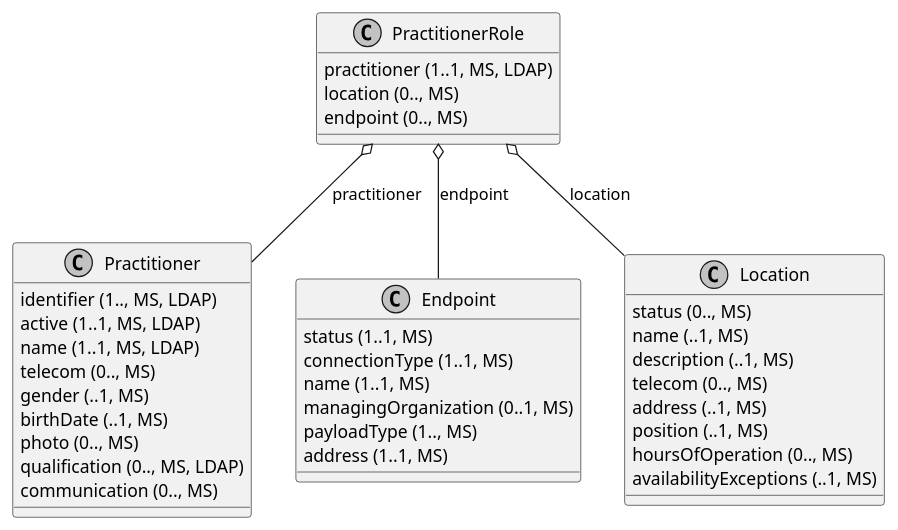
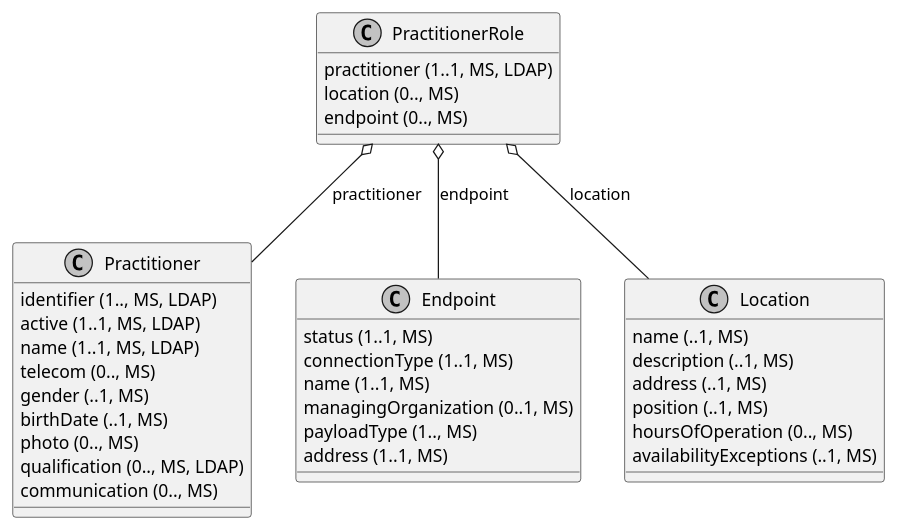
One commit to gematik/api-vzd changed the diagram in src/plantuml/ClassDiagram.PractitionerRole.puml. Above: the diagram before and after it, drawn with PlantUML. The commit also changed 5 other files, not shown here.

```diff
--- a/src/plantuml/ClassDiagram.PractitionerRole.puml
+++ b/src/plantuml/ClassDiagram.PractitionerRole.puml
@@ -1,41 +1,39 @@
 @startuml ClassDiagram.PractitionerRole
 skinparam monochrome true
 class PractitionerRole {
   {field} practitioner (1..1, MS, LDAP)
   {field} location (0.., MS)
   {field} endpoint (0.., MS)
 }
 class Practitioner {
   {field} identifier (1.., MS, LDAP)
   {field} active (1..1, MS, LDAP)
   {field} name (1..1, MS, LDAP)
   {field} telecom (0.., MS)
   {field} gender (..1, MS)
   {field} birthDate (..1, MS)
   {field} photo (0.., MS)
   {field} qualification (0.., MS, LDAP)
   {field} communication (0.., MS)
 }
 class Endpoint {
   {field} status (1..1, MS)
   {field} connectionType (1..1, MS)
   {field} name (1..1, MS)
   {field} managingOrganization (0..1, MS)
   {field} payloadType (1.., MS)
   {field} address (1..1, MS)
 }
 class Location {
-  {field} status (0.., MS)
   {field} name (..1, MS)
   {field} description (..1, MS)
-  {field} telecom (0.., MS)
   {field} address (..1, MS)
   {field} position (..1, MS)
   {field} hoursOfOperation (0.., MS)
   {field} availabilityExceptions (..1, MS)
 }
 
 PractitionerRole o-- Practitioner: practitioner
 PractitionerRole o-- Endpoint: endpoint
 PractitionerRole o-- Location: location
 @enduml
```
